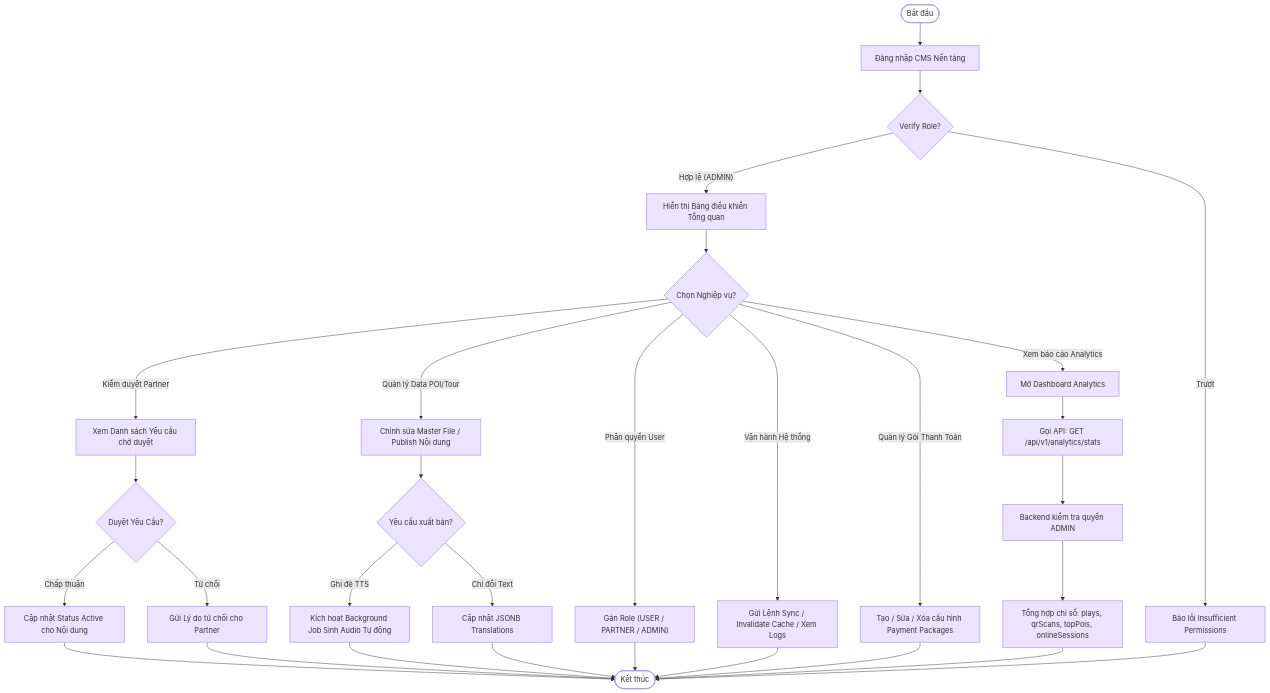
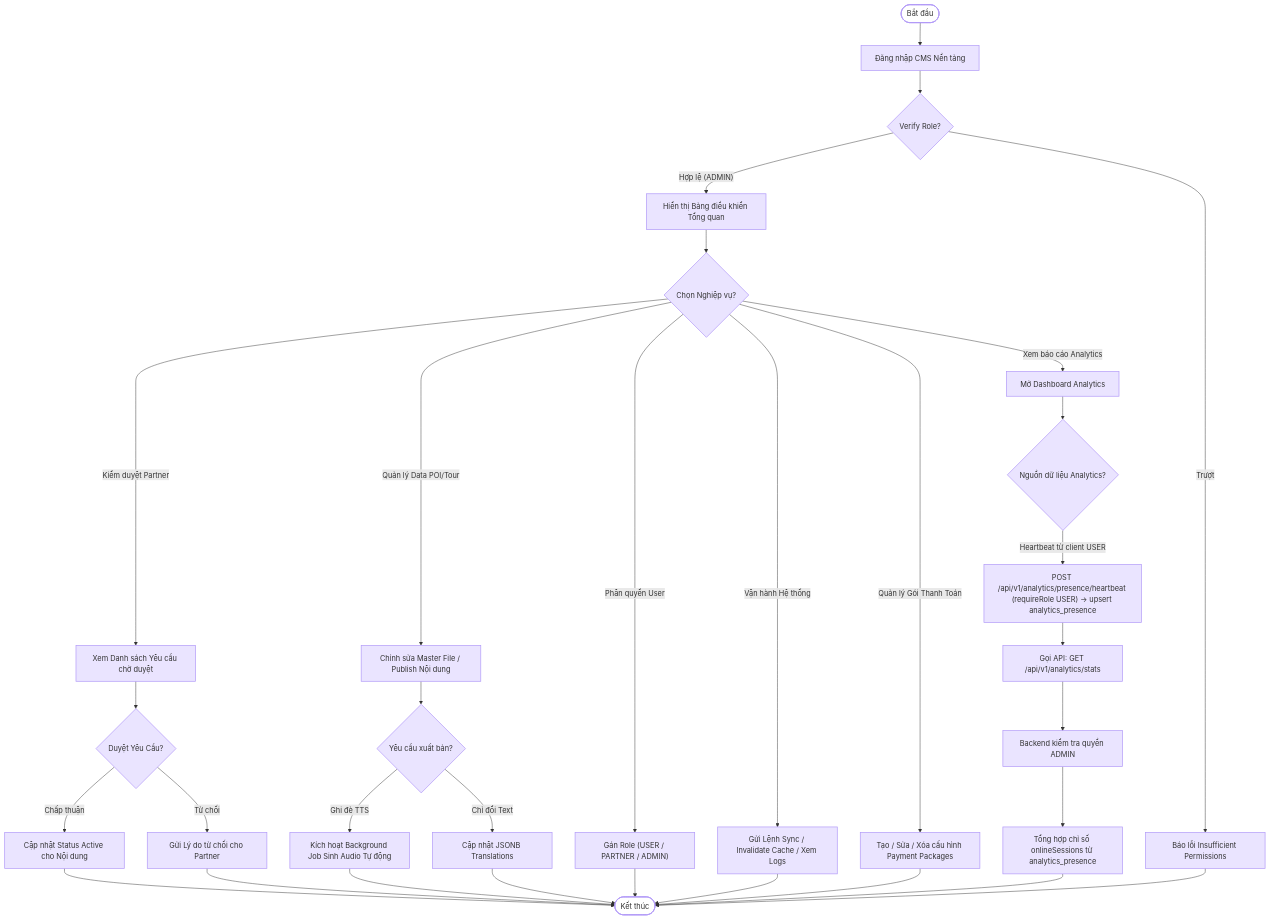
One commit to ngsouthbrother04/chua-linh-ung changed the third of 3 diagrams in docs/diagram-activity.md. Above: the diagram before and after it, drawn with Mermaid. The commit also changed 1 other file, not shown here.

````diff
--- a/docs/diagram-activity.md
+++ b/docs/diagram-activity.md
@@ -114,45 +114,47 @@
 ```mermaid
 flowchart TD
     ADM_A([Bắt đầu]) --> ADM_B["Đăng nhập CMS Nền tảng"]
     ADM_B --> ADM_C{"Verify Role?"}
     ADM_C -- "Trượt" --> ADM_D["Báo lỗi Insufficient Permissions"]
 
     ADM_C -- "Hợp lệ (ADMIN)" --> ADM_E["Hiển thị Bảng điều khiển Tổng quan"]
 
     ADM_E --> ADM_F{"Chọn Nghiệp vụ?"}
     ADM_F -- "Kiểm duyệt Partner" --> ADM_G["Xem Danh sách Yêu cầu chờ duyệt"]
     ADM_F -- "Quản lý Data POI/Tour" --> ADM_H["Chỉnh sửa Master File / Publish Nội dung"]
     ADM_F -- "Phân quyền User" --> ADM_I["Gán Role (USER / PARTNER / ADMIN)"]
     ADM_F -- "Vận hành Hệ thống" --> ADM_J["Gửi Lệnh Sync / Invalidate Cache / Xem Logs"]
     ADM_F -- "Quản lý Gói Thanh Toán" --> ADM_V["Tạo / Sửa / Xóa cấu hình Payment Packages"]
     ADM_F -- "Xem báo cáo Analytics" --> ADM_R["Mở Dashboard Analytics"]
 
     ADM_G --> ADM_K{"Duyệt Yêu Cầu?"}
     ADM_K -- "Chấp thuận" --> ADM_L["Cập nhật Status Active cho Nội dung"]
     ADM_K -- "Từ chối" --> ADM_M["Gửi Lý do từ chối cho Partner"]
 
     ADM_H --> ADM_N{"Yêu cầu xuất bản?"}
     ADM_N -- "Ghi đè TTS" --> ADM_O["Kích hoạt Background Job Sinh Audio Tự động"]
     ADM_N -- "Chỉ đổi Text" --> ADM_P["Cập nhật JSONB Translations"]
 
     ADM_L --> ADM_Q([Kết thúc])
     ADM_M --> ADM_Q
     ADM_O --> ADM_Q
     ADM_P --> ADM_Q
     ADM_I --> ADM_Q
     ADM_J --> ADM_Q
     ADM_V --> ADM_Q
-    ADM_R --> ADM_S["Gọi API: GET /api/v1/analytics/stats"]
+    ADM_R --> ADM_RA{"Nguồn dữ liệu Analytics?"}
+    ADM_RA -- "Heartbeat từ client USER" --> ADM_RC["POST /api/v1/analytics/presence/heartbeat (requireRole USER) -> upsert analytics_presence"]
+    ADM_RC --> ADM_S["Gọi API: GET /api/v1/analytics/stats"]
     ADM_S --> ADM_T["Backend kiểm tra quyền ADMIN"]
-    ADM_T --> ADM_U["Tổng hợp chỉ số: plays, qrScans, topPois, onlineSessions"]
+    ADM_T --> ADM_U["Tổng hợp chỉ số onlineSessions từ analytics_presence"]
     ADM_U --> ADM_Q
     ADM_D --> ADM_Q
 
     %% Style adjustments for Purple Theme
     classDef default fill:#EAE4FF,stroke:#B29AF8,stroke-width:1.5px,color:#333;
     classDef startend fill:#FFFFFF,stroke:#B29AF8,stroke-width:2px,color:#333;
     classDef decision fill:#EAE4FF,stroke:#B29AF8,stroke-width:1.5px,color:#333;
 
     class ADM_A,ADM_Q startend;
-    class ADM_C,ADM_F,ADM_K,ADM_N decision;
+    class ADM_C,ADM_F,ADM_K,ADM_N,ADM_RA decision;
 ```
````
